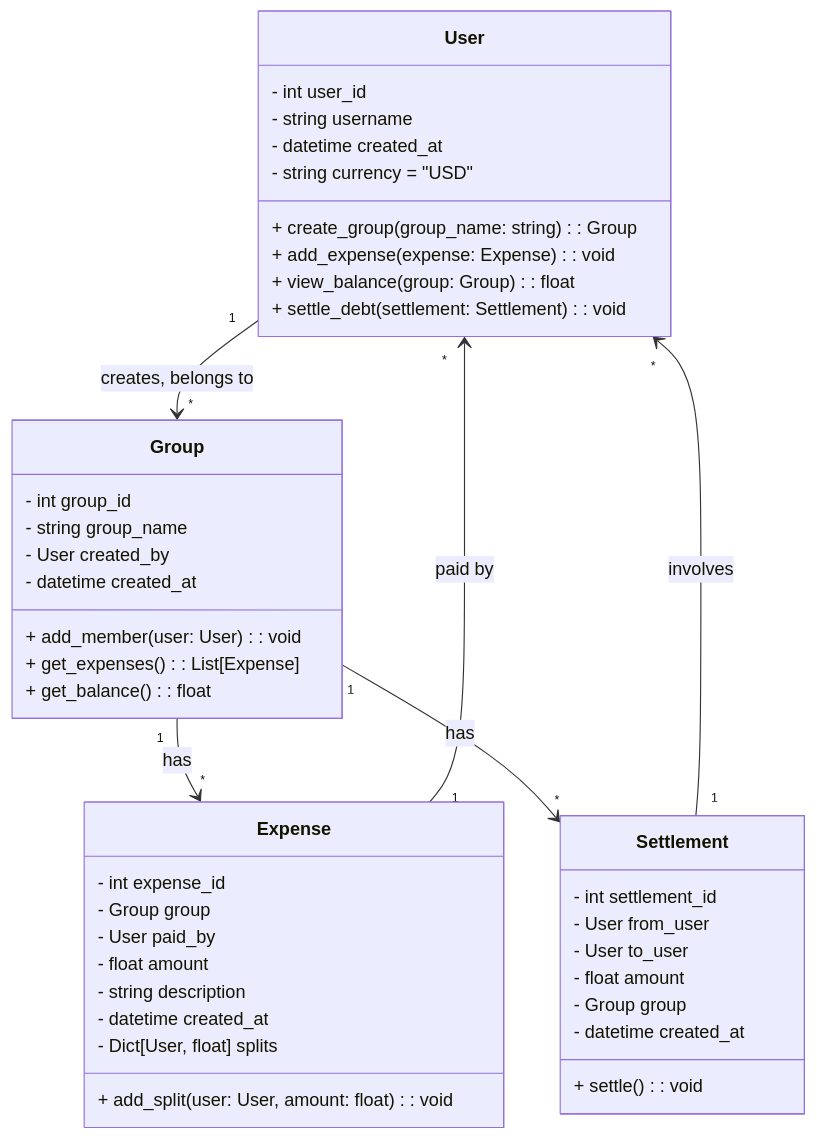
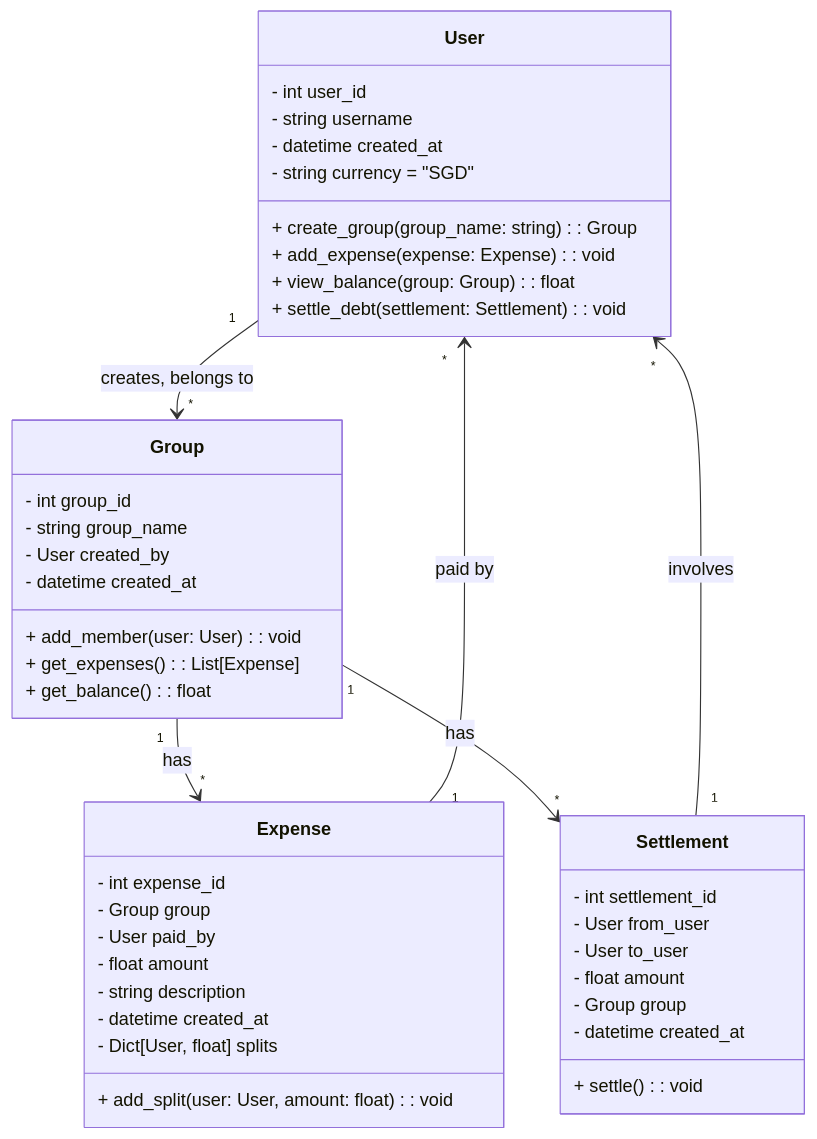
Before and after one commit to davidchanwz/coconutsplit: the second of 2 diagrams in README.md, drawn with Mermaid. The commit also changed other lines of this file, not shown here.

Commit message:
edit uml class diagram

````diff
--- a/README.md
+++ b/README.md
@@ -207,51 +207,51 @@
 ```mermaid
 
 classDiagram
     class User {
         - int user_id
         - string username
         - datetime created_at
-        - string currency = "USD"
+        - string currency = "SGD"
         + create_group(group_name: string): Group
         + add_expense(expense: Expense): void
         + view_balance(group: Group): float
         + settle_debt(settlement: Settlement): void
     }
     
     class Group {
         - int group_id
         - string group_name
         - User created_by
         - datetime created_at
         + add_member(user: User): void
         + get_expenses(): List[Expense]
         + get_balance(): float
     }
 
     class Expense {
         - int expense_id
         - Group group
         - User paid_by
         - float amount
         - string description
         - datetime created_at
         - Dict[User, float] splits
         + add_split(user: User, amount: float): void
     }
 
     class Settlement {
         - int settlement_id
         - User from_user
         - User to_user
         - float amount
         - Group group
         - datetime created_at
         + settle(): void
     }
 
     User "1" --> "*" Group : creates, belongs to
     Group "1" --> "*" Expense : has
     Expense "1" --> "*" User : paid by
     Group "1" --> "*" Settlement : has
     Settlement "1" --> "*" User : involves
 ```
````
